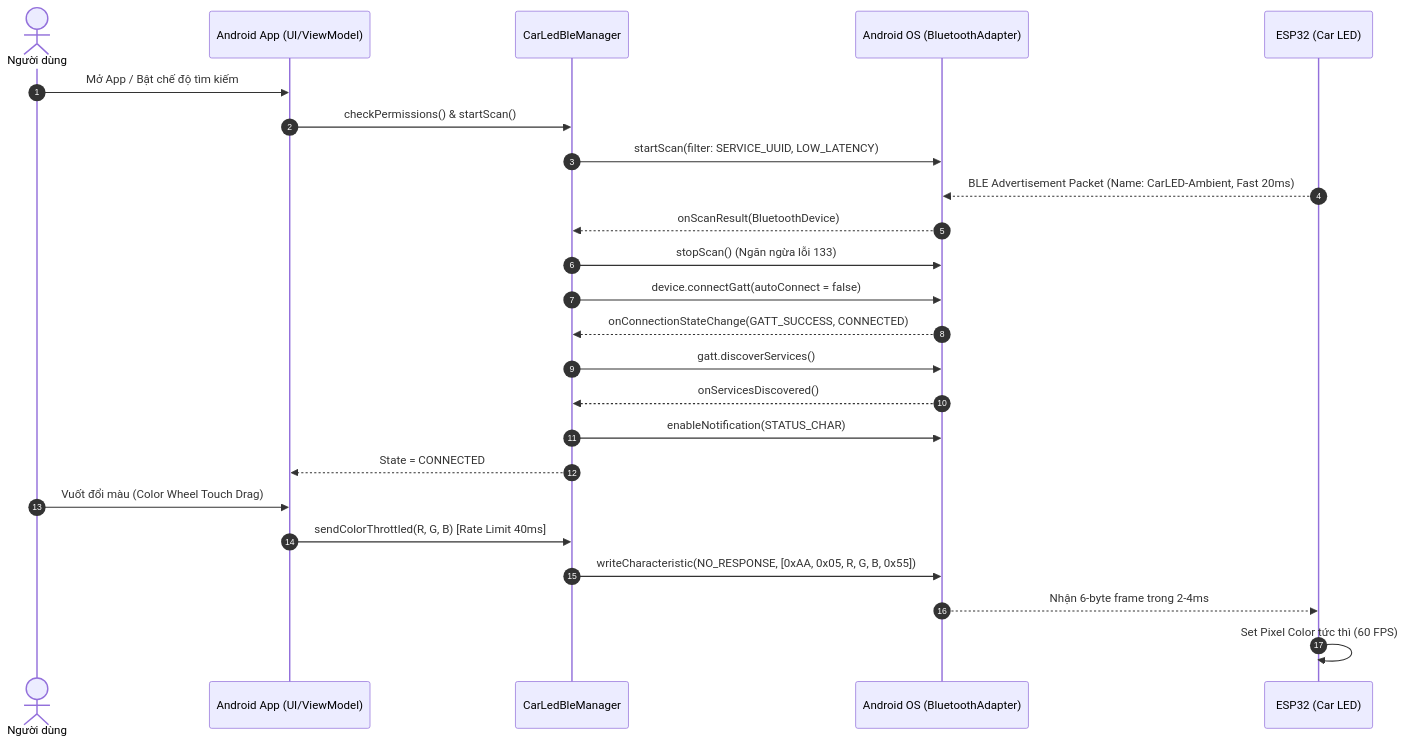
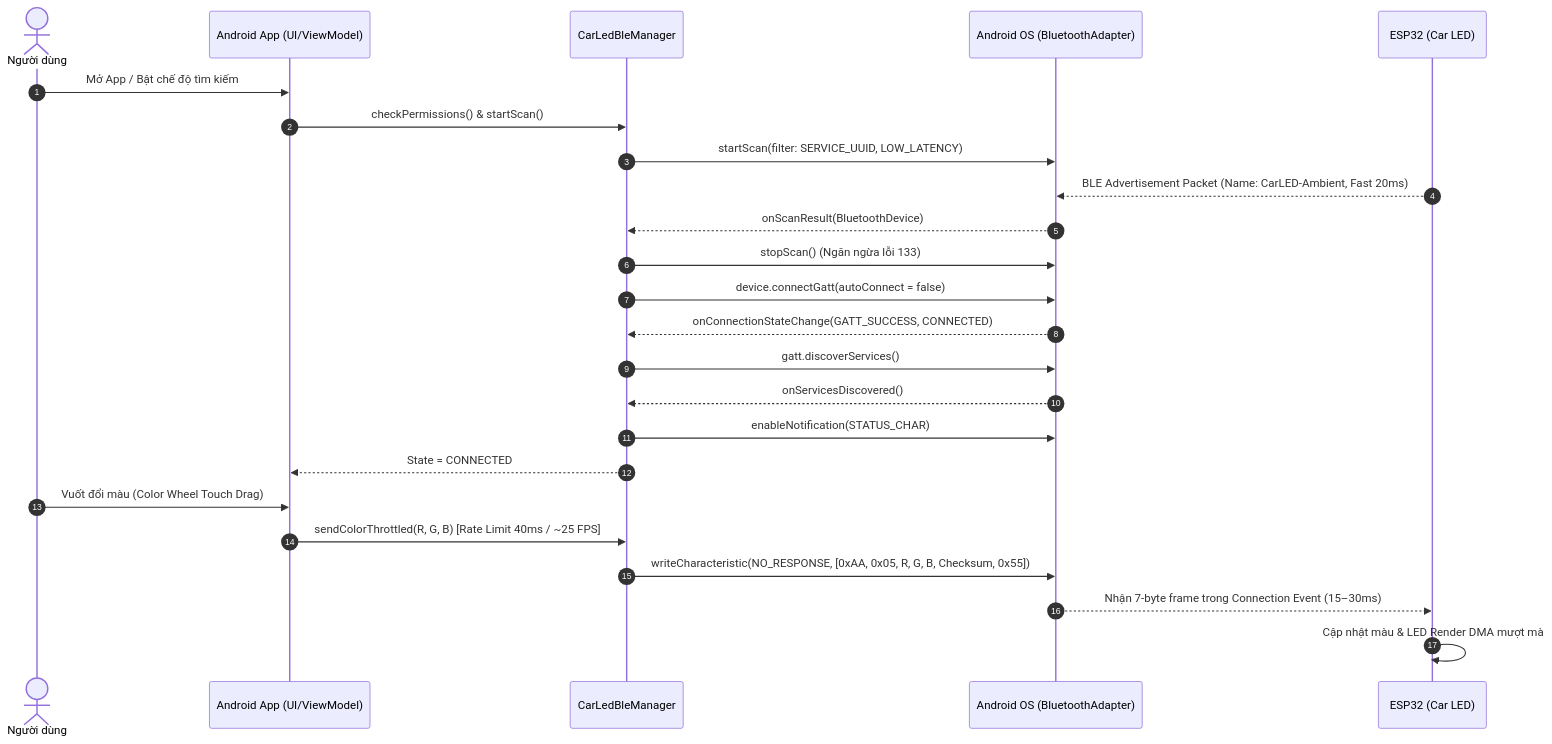
Before and after one commit to LED-FOR-CAR-DECORATION/IoT-Device: the diagram in docs/android_ble_guide.md, drawn with Mermaid. The commit also changed other lines of this file and 40 other files, not shown here.

Commit message:
feat: implement IoT device core features including MQTT, BLE, and LED effects

````diff
--- a/docs/android_ble_guide.md
+++ b/docs/android_ble_guide.md
@@ -49,28 +49,28 @@
 ```mermaid
 sequenceDiagram
     autonumber
     actor User as Người dùng
     participant App as Android App (UI/ViewModel)
     participant BLE as CarLedBleManager
     participant OS as Android OS (BluetoothAdapter)
     participant ESP as ESP32 (Car LED)
 
     User->>App: Mở App / Bật chế độ tìm kiếm
     App->>BLE: checkPermissions() & startScan()
     BLE->>OS: startScan(filter: SERVICE_UUID, LOW_LATENCY)
     ESP-->>OS: BLE Advertisement Packet (Name: CarLED-Ambient, Fast 20ms)
     OS-->>BLE: onScanResult(BluetoothDevice)
     BLE->>OS: stopScan() (Ngăn ngừa lỗi 133)
     BLE->>OS: device.connectGatt(autoConnect = false)
     OS-->>BLE: onConnectionStateChange(GATT_SUCCESS, CONNECTED)
     BLE->>OS: gatt.discoverServices()
     OS-->>BLE: onServicesDiscovered()
     BLE->>OS: enableNotification(STATUS_CHAR)
     BLE-->>App: State = CONNECTED
 
     User->>App: Vuốt đổi màu (Color Wheel Touch Drag)
-    App->>BLE: sendColorThrottled(R, G, B) [Rate Limit 40ms]
-    BLE->>OS: writeCharacteristic(NO_RESPONSE, [0xAA, 0x05, R, G, B, 0x55])
-    OS-->>ESP: Nhận 6-byte frame trong 2-4ms
-    ESP->>ESP: Set Pixel Color tức thì (60 FPS)
+    App->>BLE: sendColorThrottled(R, G, B) [Rate Limit 40ms / ~25 FPS]
+    BLE->>OS: writeCharacteristic(NO_RESPONSE, [0xAA, 0x05, R, G, B, Checksum, 0x55])
+    OS-->>ESP: Nhận 7-byte frame trong Connection Event (15–30ms)
+    ESP->>ESP: Cập nhật màu & LED Render DMA mượt mà
 ```
````
